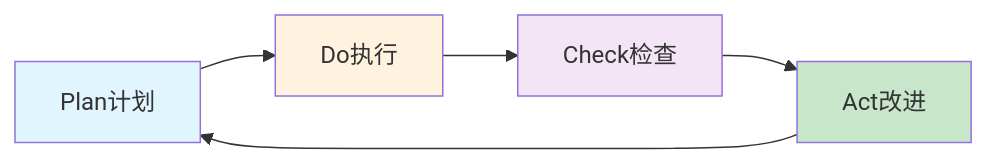
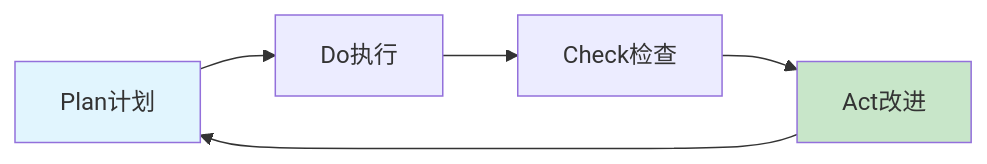
The sixth of 10 diagrams in 10.打工充平常记录/10.自我精进七课/02.信息筛选和体系/2.4闭环思维的逻辑.md (chongyang211/YCBookBlog), drawn with Mermaid before and after one commit. The commit also changed other lines of this file and 55 other files, not shown here.

````diff
--- a/10.打工充平常记录/10.自我精进七课/02.信息筛选和体系/2.4闭环思维的逻辑.md
+++ b/10.打工充平常记录/10.自我精进七课/02.信息筛选和体系/2.4闭环思维的逻辑.md
@@ -165,12 +202,10 @@
 ```mermaid
 graph LR
     A[Plan计划] --> B[Do执行]
     B --> C[Check检查]
     C --> D[Act改进]
     D --> A
     
     style A fill:#e1f5fe
-    style B fill:#fff3e0
-    style C fill:#f3e5f5
     style D fill:#c8e6c9
 ```
````
